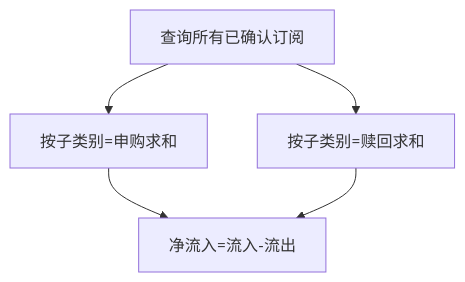
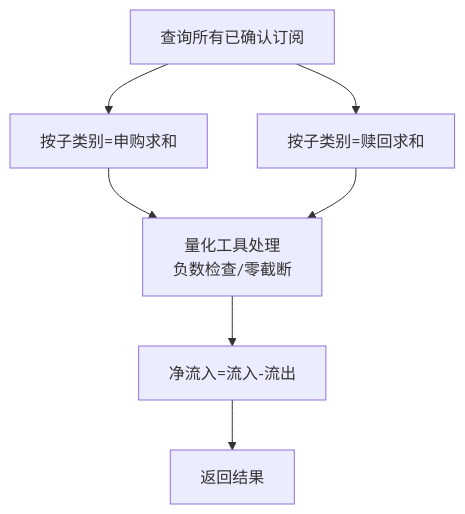
The fifth of 9 diagrams in .qoder/repowiki/zh/content/数据库设计/核心计算公式.md (gujialind/InvestRing), drawn with Mermaid before and after one commit. The commit also changed other lines of this file and 19 other files, not shown here.

````diff
--- a/.qoder/repowiki/zh/content/数据库设计/核心计算公式.md
+++ b/.qoder/repowiki/zh/content/数据库设计/核心计算公式.md
@@ -221,7 +256,9 @@
 ```mermaid
 flowchart TD
 S["查询所有已确认订阅"] --> In["按子类别=申购求和"]
 S --> Out["按子类别=赎回求和"]
-In --> Net["净流入=流入-流出"]
-Out --> Net
+In --> QuantCheck["量化工具处理<br/>负数检查/零截断"]
+Out --> QuantCheck
+QuantCheck --> Net["净流入=流入-流出"]
+Net --> Result["返回结果"]
 ```
````
